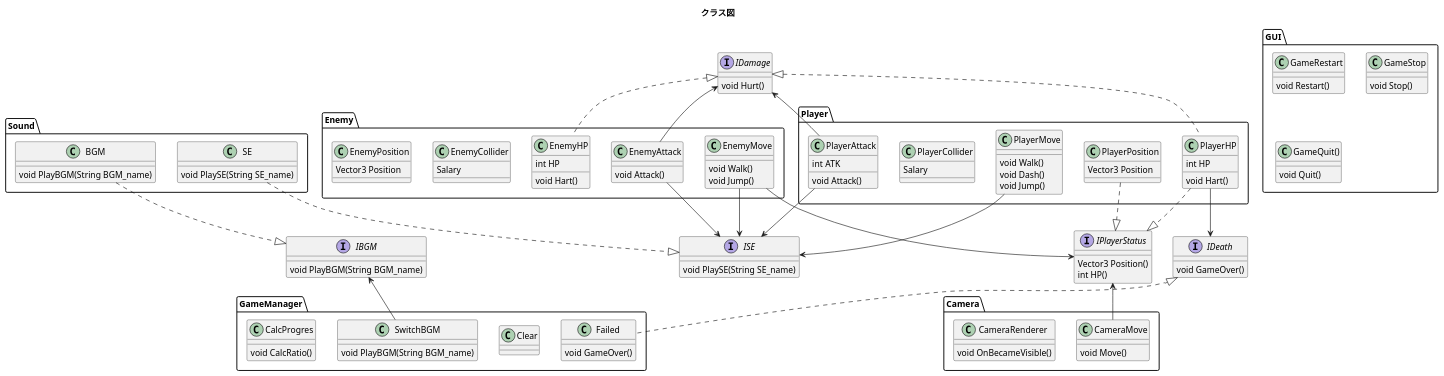
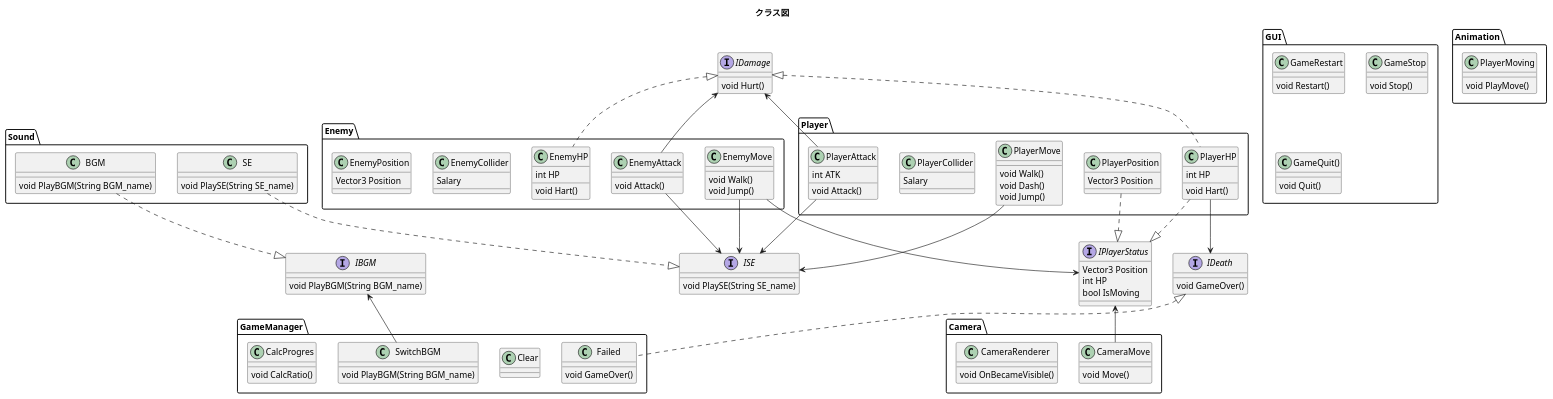
The diagram in Document/sekkei/class.pu (SomaKamikubo/Oumuamua), drawn with PlantUML before and after one commit. The commit also changed 143 other files, not shown here.

```diff
--- a/Document/sekkei/class.pu
+++ b/Document/sekkei/class.pu
@@ -1,143 +1,152 @@
 @startuml name
 title クラス図
 
 Folder Player  {
     class PlayerMove {
         void Walk()
         void Dash()
         void Jump()
     }
     class PlayerAttack {
         int ATK
         void Attack()
     }
     class PlayerHP {
         int HP
         void Hart()
     }
     class PlayerCollider 
     {
         Salary
     }
     class PlayerPosition {
         Vector3 Position
     }
     
 }
 
 
 Folder Enemy  {
     class EnemyMove {
         void Walk()
         void Jump()
     }
     class EnemyAttack {
         void Attack()
     }
     class EnemyHP {
         int HP
         void Hart()
     }
     class EnemyCollider {
         Salary
     }
     class EnemyPosition {
         Vector3 Position
 
     }
 }
 
 Folder Camera  {
     class CameraMove {
         void Move()
     }
     class CameraRenderer {
         void OnBecameVisible()
     }
     }
 
     Folder Sound  {
     class BGM {
         void PlayBGM(String BGM_name)
     }
     class SE {
         void PlaySE(String SE_name)
     }
 }
 
 Folder GameManager  {
     class Failed {
         void GameOver()
     }
     class Clear {
     
     }
 
     class SwitchBGM {
         void PlayBGM(String BGM_name)
     }
     class CalcProgres{
         void CalcRatio()
     }
 }
 
 
 Folder GUI {
     class GameRestart{
         void Restart()
     }
     class GameStop{
         void Stop()
     }
     class GameQuit(){
         void Quit()
     }
 }
 
+Folder Animation {
+    class PlayerMoving {
+        void PlayMove()
+    }
+}
+
+
+
 interface ISE {
     void PlaySE(String SE_name)
 }
 
 interface IBGM {
     void PlayBGM(String BGM_name)
 }
 
 interface IDeath {
     void GameOver()
 }
 
 interface IDamage {
     void Hurt()
 }
 
 interface IPlayerStatus {
-    Vector3 Position()
-    int HP()
+    Vector3 Position
+    int HP
+    bool IsMoving
 }
 
 
 
 PlayerAttack -up-> IDamage
 PlayerHP ..up|> IDamage
 EnemyAttack -up-> IDamage
 EnemyHP ..up|> IDamage
 
 PlayerAttack -> ISE
 PlayerMove --> ISE
 EnemyAttack --> ISE
 EnemyMove --> ISE
 SE ..|> ISE
 
 CameraMove -up-> IPlayerStatus
 EnemyMove --> IPlayerStatus
 PlayerHP ..|> IPlayerStatus
 PlayerPosition ..|> IPlayerStatus
 
 PlayerHP --> IDeath
 SwitchBGM -up-> IBGM
 Failed ..up|> IDeath
 BGM ..|> IBGM
 
 
 
 @enduml
```
